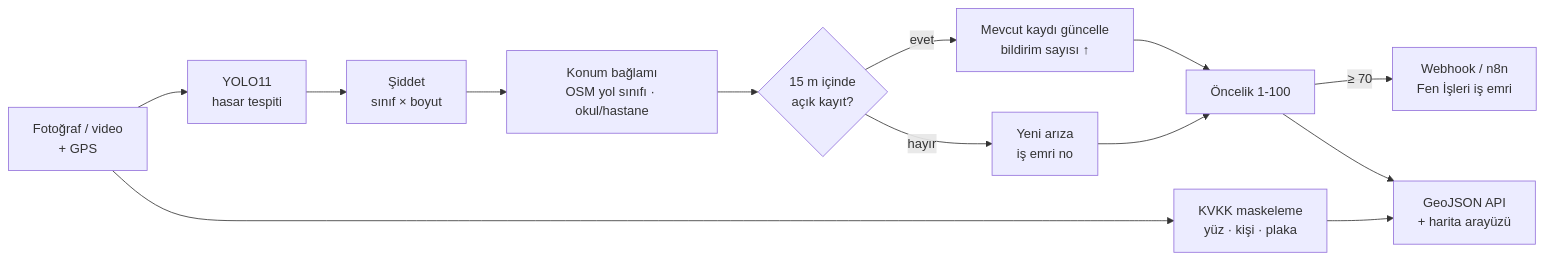
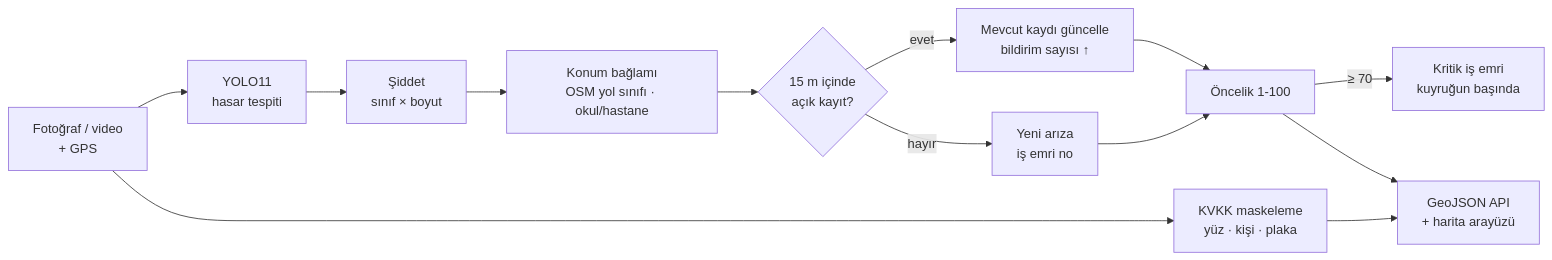
Before and after one commit to mahmutsamiseyhan/yol-hasar-tespit: the diagram in README.md, drawn with Mermaid. The commit also changed other lines of this file and 18 other files, not shown here.

````diff
--- a/README.md
+++ b/README.md
@@ -5,15 +5,15 @@
 ```mermaid
 flowchart LR
     A[Fotoğraf / video<br>+ GPS] --> B[YOLO11<br>hasar tespiti]
     B --> C[Şiddet<br>sınıf × boyut]
     A --> D[KVKK maskeleme<br>yüz · kişi · plaka]
     C --> E[Konum bağlamı<br>OSM yol sınıfı · okul/hastane]
     E --> F{15 m içinde<br>açık kayıt?}
     F -- evet --> G[Mevcut kaydı güncelle<br>bildirim sayısı ↑]
     F -- hayır --> H[Yeni arıza<br>iş emri no]
     G --> I[Öncelik 1-100]
     H --> I
-    I -- ≥ 70 --> J[Webhook / n8n<br>Fen İşleri iş emri]
+    I -- ≥ 70 --> J[Kritik iş emri<br>kuyruğun başında]
     I --> K[GeoJSON API<br>+ harita arayüzü]
     D --> K
 ```
````
